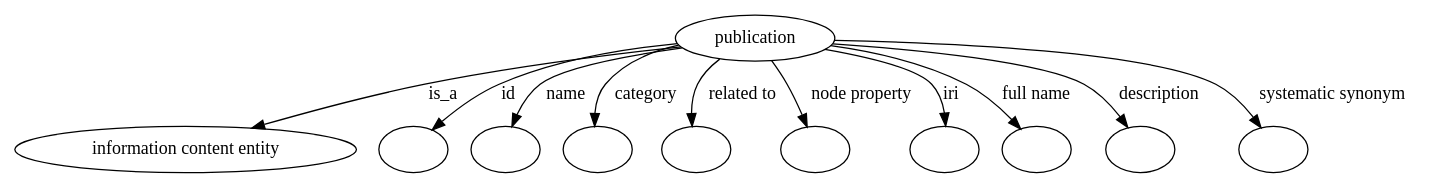
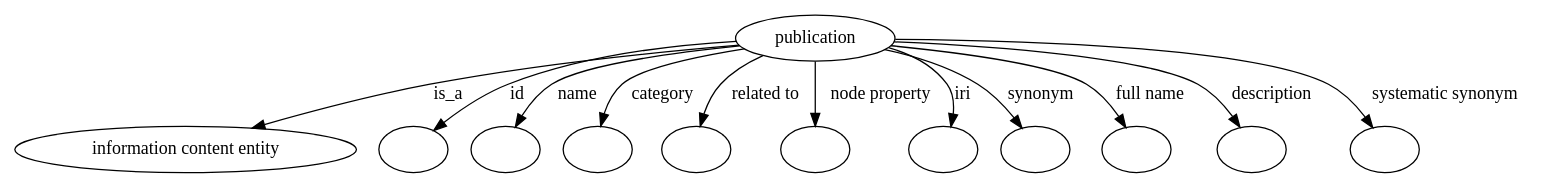
One commit to biolink/biolink-model changed the diagram in graphviz/publication.gv. Above: the diagram before and after it, drawn with Graphviz. The commit also changed 900 other files, not shown here.

```diff
--- a/graphviz/publication.gv
+++ b/graphviz/publication.gv
@@ -1,104 +1,114 @@
 digraph {
-	graph [bb="0,0,923.38,122"];
+	graph [bb="0,0,999.38,122"];
 	node [label="\N"];
 	publication	 [height=0.5,
 		label=publication,
-		pos="501.45,104",
+		pos="539.45,104",
 		width=1.3859];
 	"information content entity"	 [height=0.5,
 		pos="102.45,18",
 		width=2.8458];
 	publication -> "information content entity"	 [label=is_a,
-		lp="292.73,61",
-		pos="e,152.84,33.738 454.26,97.85 409.41,91.639 340.18,81.102 280.9,68 241.15,59.217 197.11,46.904 162.72,36.695"];
+		lp="296.73,61",
+		pos="e,153.15,33.757 491.28,99.034 439.86,93.303 356.14,82.738 284.9,68 243.74,59.486 198.14,46.99 162.82,36.621"];
 	id	 [color=black,
 		height=0.5,
 		label="",
 		pos="249.45,18",
 		width=0.75];
 	publication -> id	 [color=black,
 		label=id,
-		lp="342.89,61",
-		pos="e,268.32,31.108 454.5,97.673 420.89,92.208 374.97,82.811 336.56,68 315.56,59.901 293.58,47.256 276.96,36.709",
+		lp="348.89,61",
+		pos="e,268.96,30.818 491.03,99.407 450.5,94.562 391.59,85.169 342.56,68 319.7,59.996 295.66,46.954 277.74,36.196",
 		style=solid];
 	name	 [color=black,
 		height=0.5,
 		label="",
 		pos="321.45,18",
 		width=0.75];
 	publication -> name	 [color=black,
 		label=name,
-		lp="383.61,61",
-		pos="e,333.11,34.69 454.51,97.867 427.75,92.823 394.43,83.823 368.13,68 357.27,61.464 347.35,51.687 339.48,42.507",
+		lp="392.61,61",
+		pos="e,334.98,33.896 490.72,99.764 457.28,95.32 412.68,86.282 377.13,68 364.19,61.343 351.91,50.935 342.19,41.334",
 		style=solid];
 	category	 [color=black,
 		height=0.5,
 		label="",
 		pos="393.45,18",
 		width=0.75];
 	publication -> category	 [color=black,
 		label=category,
-		lp="434.55,61",
-		pos="e,395.7,36.14 457.95,95.182 441.12,89.821 422.91,81.33 410.26,68 404.49,61.93 400.7,53.82 398.21,45.901",
+		lp="447.55,61",
+		pos="e,400.06,35.537 492.77,97.586 469.94,92.564 443.17,83.674 423.26,68 415.44,61.849 409.23,53.039 404.54,44.523",
 		style=solid];
 	"related to"	 [color=black,
 		height=0.5,
 		label="",
 		pos="465.45,18",
 		width=0.75];
 	publication -> "related to"	 [color=black,
 		label="related to",
-		lp="491.69,61",
-		pos="e,461.89,36.25 479.23,87.539 473.49,82.031 468.07,75.388 464.98,68 462.19,61.327 461.26,53.702 461.29,46.451",
+		lp="509.69,61",
+		pos="e,468.73,36.08 508.97,89.642 499.58,83.997 489.91,76.747 482.98,68 477.89,61.584 474.22,53.586 471.6,45.882",
 		style=solid];
 	"node property"	 [color=black,
 		height=0.5,
 		label="",
-		pos="539.45,18",
+		pos="538.45,18",
 		width=0.75];
 	publication -> "node property"	 [color=black,
 		label="node property",
-		lp="563.52,61",
-		pos="e,531.73,35.593 509.44,86.061 512,80.295 514.85,73.88 517.45,68 520.76,60.522 524.33,52.409 527.62,44.938",
+		lp="578.52,61",
+		pos="e,538.66,36.212 539.24,85.762 539.1,74.36 538.93,59.434 538.78,46.494",
 		style=solid];
 	iri	 [color=black,
 		height=0.5,
 		label="",
-		pos="611.45,18",
+		pos="610.45,18",
 		width=0.75];
 	publication -> iri	 [color=black,
 		label=iri,
-		lp="619.67,61",
-		pos="e,614.13,35.954 543.95,94.382 569.4,87.719 598.34,78.233 606.45,68 611.29,61.889 613.36,53.951 614.01,46.206",
+		lp="628.67,61",
+		pos="e,618.85,35.429 582.2,94.47 596.18,89.107 610.21,80.803 618.45,68 622.75,61.317 623.01,53.12 621.56,45.311",
+		style=solid];
+	synonym	 [color=black,
+		height=0.5,
+		label="",
+		pos="682.45,18",
+		width=0.75];
+	publication -> synonym	 [color=black,
+		label=synonym,
+		lp="680.12,61",
+		pos="e,671.07,34.815 581.14,93.908 599.71,88.179 621.23,79.754 638.45,68 648.39,61.212 657.53,51.674 664.87,42.746",
 		style=solid];
 	"full name"	 [color=black,
 		height=0.5,
 		label="",
-		pos="683.45,18",
+		pos="754.45,18",
 		width=0.75];
 	publication -> "full name"	 [color=black,
 		label="full name",
-		lp="676.08,61",
-		pos="e,669.85,34.111 547.02,96.638 572.42,91.227 603.97,82.27 629.45,68 641.76,61.103 653.51,50.848 662.88,41.417",
+		lp="754.08,61",
+		pos="e,743.48,34.942 586.04,97.449 628.89,90.832 688.81,79.911 709.45,68 720.14,61.833 729.67,52.24 737.18,43.099",
 		style=solid];
 	description	 [color=black,
 		height=0.5,
 		label="",
-		pos="755.45,18",
+		pos="828.45,18",
 		width=0.75];
 	publication -> description	 [color=black,
 		label=description,
-		lp="756.55,61",
-		pos="e,743.66,34.611 549.81,98.961 601.59,92.962 679.91,81.974 706.45,68 718.21,61.806 728.87,51.778 737.22,42.323",
+		lp="833.55,61",
+		pos="e,818.3,34.736 588.64,100.78 650.21,96.066 751.58,85.85 784.45,68 795.34,62.085 804.83,52.358 812.17,43.047",
 		style=solid];
 	"systematic synonym"	 [color=black,
 		height=0.5,
 		label="",
-		pos="840.45,18",
+		pos="913.45,18",
 		width=0.75];
 	publication -> "systematic synonym"	 [color=black,
 		label="systematic synonym",
-		lp="866.42,61",
-		pos="e,829.16,34.361 551.24,101.77 622.72,97.901 750.35,88.335 791.45,68 803.53,62.02 814.35,51.833 822.72,42.209",
+		lp="942.42,61",
+		pos="e,903.07,34.902 589.45,102.85 669.17,100.31 820.96,92.334 868.45,68 879.7,62.234 889.49,52.4 897.03,42.971",
 		style=solid];
 }
```
